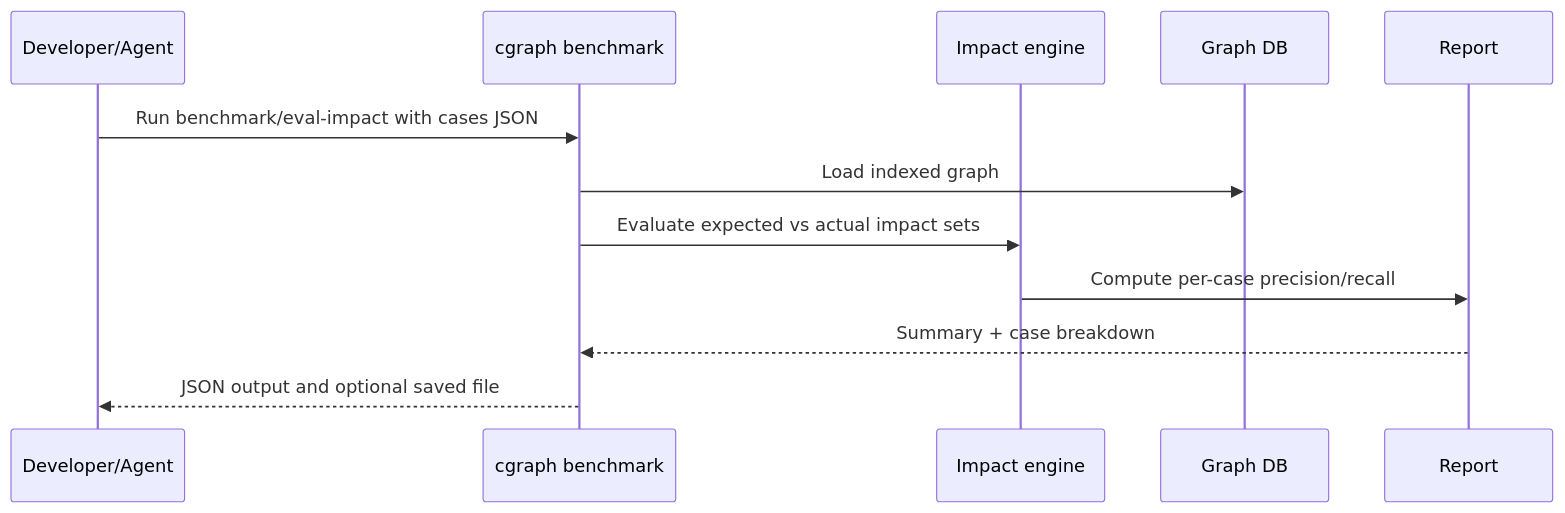
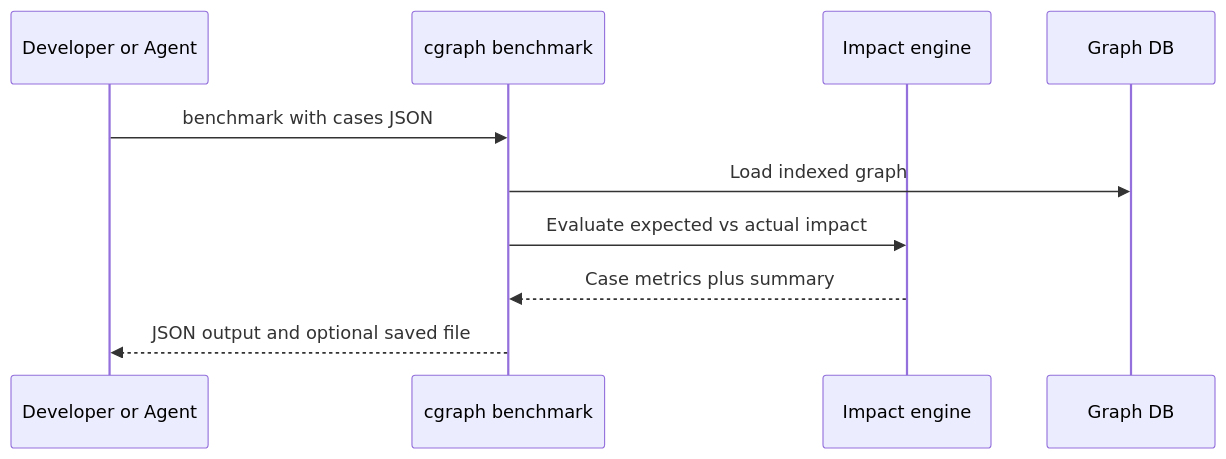
One commit to samarth-w/agent_graph changed the second of 3 diagrams in README.md. Above: the diagram before and after it, drawn with Mermaid. The commit also changed other lines of this file, not shown here.

````diff
--- a/README.md
+++ b/README.md
@@ -286,15 +169,13 @@
 ```mermaid
 sequenceDiagram
-  participant Dev as Developer/Agent
+  participant Dev as Developer or Agent
   participant CLI as cgraph benchmark
   participant ENG as Impact engine
   participant DB as Graph DB
-  participant REP as Report
 
-  Dev->>CLI: Run benchmark/eval-impact with cases JSON
+  Dev->>CLI: benchmark with cases JSON
   CLI->>DB: Load indexed graph
-  CLI->>ENG: Evaluate expected vs actual impact sets
-  ENG->>REP: Compute per-case precision/recall
-  REP-->>CLI: Summary + case breakdown
+  CLI->>ENG: Evaluate expected vs actual impact
+  ENG-->>CLI: Case metrics plus summary
   CLI-->>Dev: JSON output and optional saved file
 ```
````
